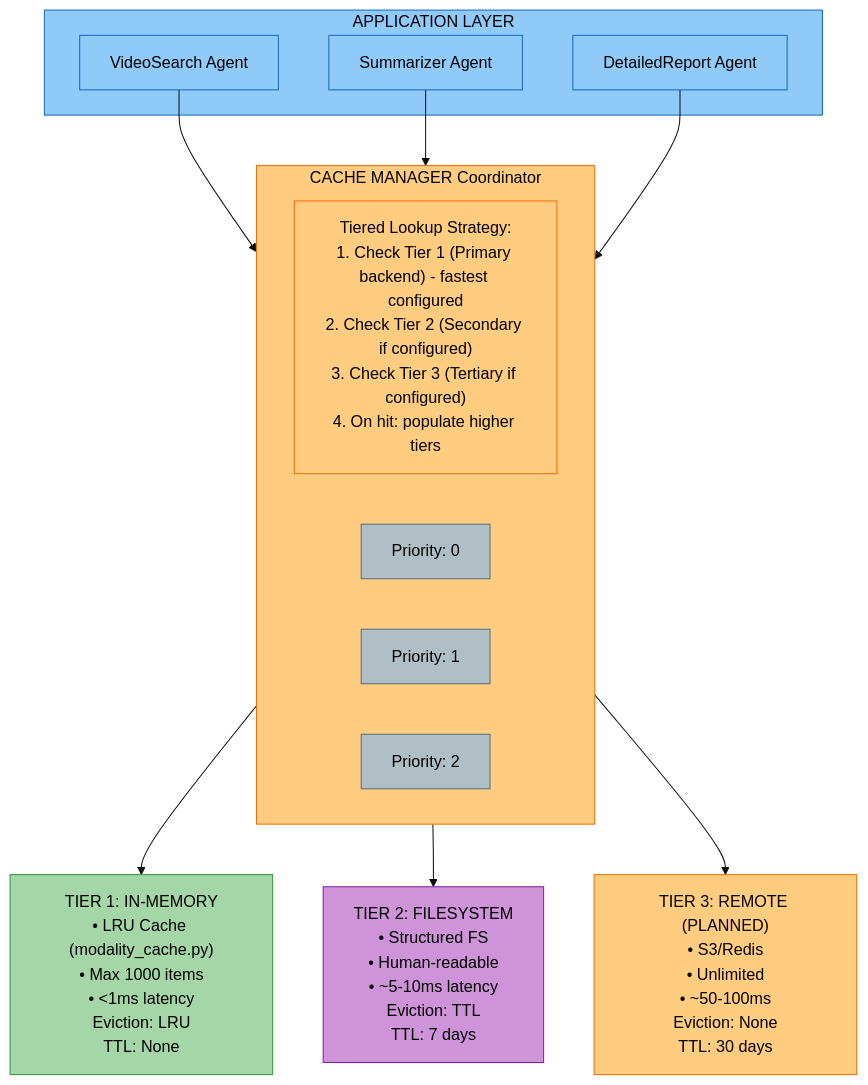
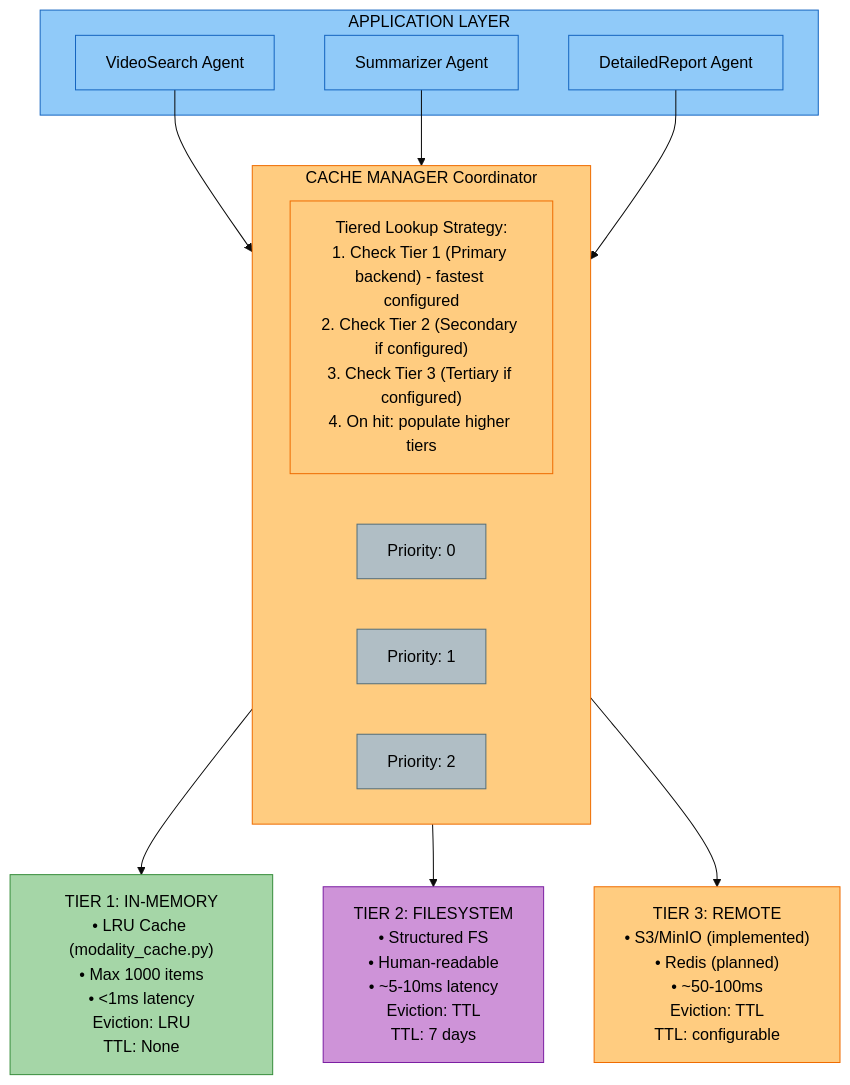
The first of 6 diagrams in docs/modules/cache.md (amit-jain/cogniverse), drawn with Mermaid (base theme) before and after one commit. The commit also changed other lines of this file and 15 other files, not shown here.

````diff
--- a/docs/modules/cache.md
+++ b/docs/modules/cache.md
@@ -100,39 +101,39 @@
 ```mermaid
 flowchart TB
     subgraph APP["<span style='color:#000'>APPLICATION LAYER</span>"]
         VSA["<span style='color:#000'>VideoSearch Agent</span>"]
         SA["<span style='color:#000'>Summarizer Agent</span>"]
         DRA["<span style='color:#000'>DetailedReport Agent</span>"]
     end
 
     subgraph CM["<span style='color:#000'>CACHE MANAGER Coordinator</span>"]
         STRAT["<span style='color:#000'>Tiered Lookup Strategy:<br/>1. Check Tier 1 (Primary backend) - fastest configured<br/>2. Check Tier 2 (Secondary if configured)<br/>3. Check Tier 3 (Tertiary if configured)<br/>4. On hit: populate higher tiers</span>"]
         P0["<span style='color:#000'>Priority: 0</span>"]
         P1["<span style='color:#000'>Priority: 1</span>"]
         P2["<span style='color:#000'>Priority: 2</span>"]
     end
 
     T1["<span style='color:#000'>TIER 1: IN-MEMORY<br/>• LRU Cache (modality_cache.py)<br/>• Max 1000 items<br/>• <1ms latency<br/>Eviction: LRU<br/>TTL: None</span>"]
     T2["<span style='color:#000'>TIER 2: FILESYSTEM<br/>• Structured FS<br/>• Human-readable<br/>• ~5-10ms latency<br/>Eviction: TTL<br/>TTL: 7 days</span>"]
-    T3["<span style='color:#000'>TIER 3: REMOTE (PLANNED)<br/>• S3/Redis<br/>• Unlimited<br/>• ~50-100ms<br/>Eviction: None<br/>TTL: 30 days</span>"]
+    T3["<span style='color:#000'>TIER 3: REMOTE<br/>• S3/MinIO (implemented)<br/>• Redis (planned)<br/>• ~50-100ms<br/>Eviction: TTL<br/>TTL: configurable</span>"]
 
     VSA --> CM
     SA --> CM
     DRA --> CM
     CM --> T1
     CM --> T2
     CM --> T3
 
     style APP fill:#90caf9,stroke:#1565c0,color:#000
     style CM fill:#ffcc80,stroke:#ef6c00,color:#000
     style T1 fill:#a5d6a7,stroke:#388e3c,color:#000
     style T2 fill:#ce93d8,stroke:#7b1fa2,color:#000
     style T3 fill:#ffcc80,stroke:#ef6c00,color:#000
     style VSA fill:#90caf9,stroke:#1565c0,color:#000
     style SA fill:#90caf9,stroke:#1565c0,color:#000
     style DRA fill:#90caf9,stroke:#1565c0,color:#000
     style STRAT fill:#ffcc80,stroke:#ef6c00,color:#000
     style P0 fill:#b0bec5,stroke:#546e7a,color:#000
     style P1 fill:#b0bec5,stroke:#546e7a,color:#000
     style P2 fill:#b0bec5,stroke:#546e7a,color:#000
 ```
````
